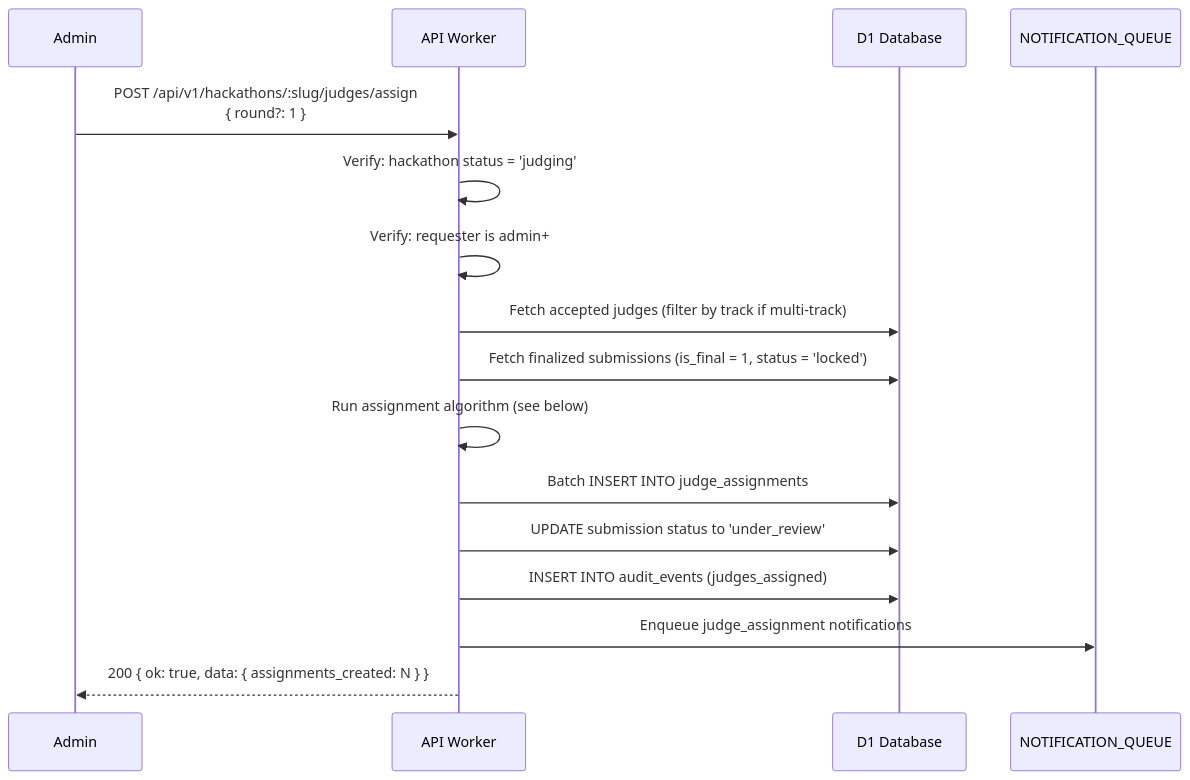
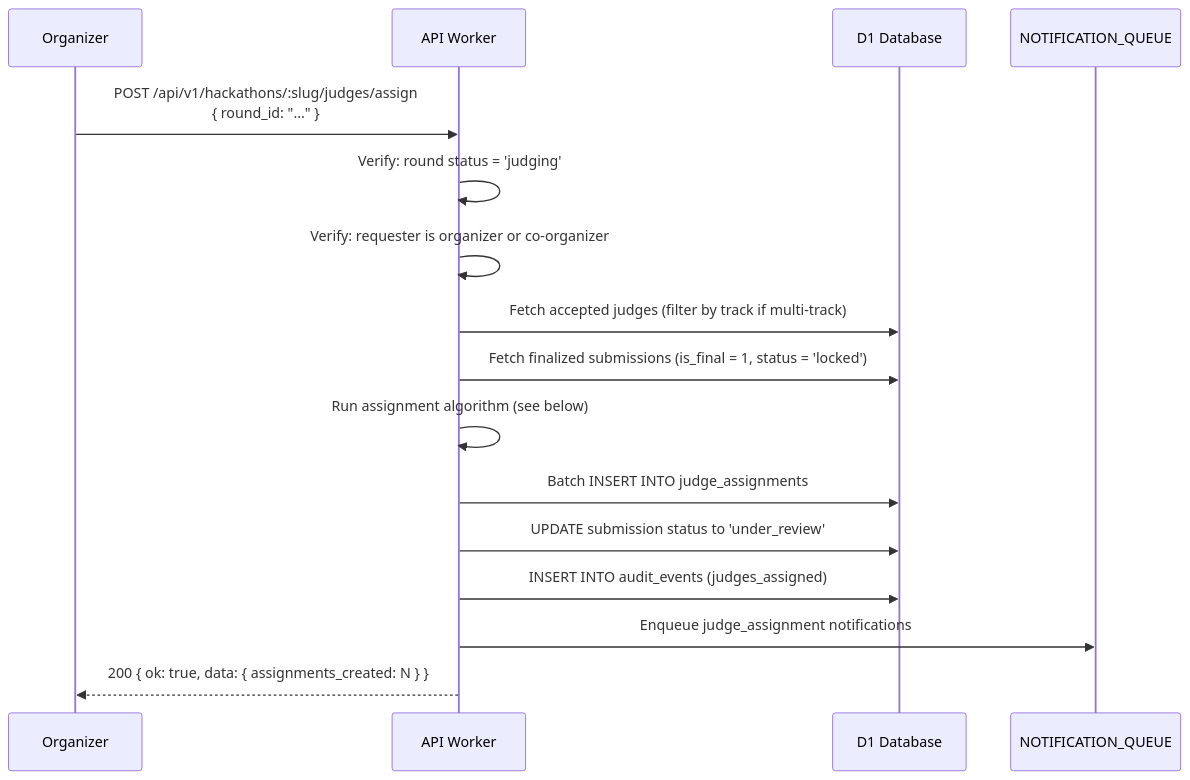
One commit to devangshupandey2025-stack/DevSage changed the fourth of 11 diagrams in docs/v3/planned/judging.md. Above: the diagram before and after it, drawn with Mermaid. The commit also changed other lines of this file, not shown here.

First line of the commit message:
docs(judging): align with rounds system, remove audience voting, add draft scoring

````diff
--- a/docs/v3/planned/judging.md
+++ b/docs/v3/planned/judging.md
@@ -216,21 +208,21 @@
 ```mermaid
 sequenceDiagram
-    participant A as Admin
+    participant A as Organizer
     participant W as API Worker
     participant D1 as D1 Database
     participant Q as NOTIFICATION_QUEUE
 
-    A->>W: POST /api/v1/hackathons/:slug/judges/assign<br/>{ round?: 1 }
-    W->>W: Verify: hackathon status = 'judging'
-    W->>W: Verify: requester is admin+
+    A->>W: POST /api/v1/hackathons/:slug/judges/assign<br/>{ round_id: "..." }
+    W->>W: Verify: round status = 'judging'
+    W->>W: Verify: requester is organizer or co-organizer
 
     W->>D1: Fetch accepted judges (filter by track if multi-track)
     W->>D1: Fetch finalized submissions (is_final = 1, status = 'locked')
 
     W->>W: Run assignment algorithm (see below)
     W->>D1: Batch INSERT INTO judge_assignments
     W->>D1: UPDATE submission status to 'under_review'
     W->>D1: INSERT INTO audit_events (judges_assigned)
     W->>Q: Enqueue judge_assignment notifications
     W-->>A: 200 { ok: true, data: { assignments_created: N } }
 ```
````
